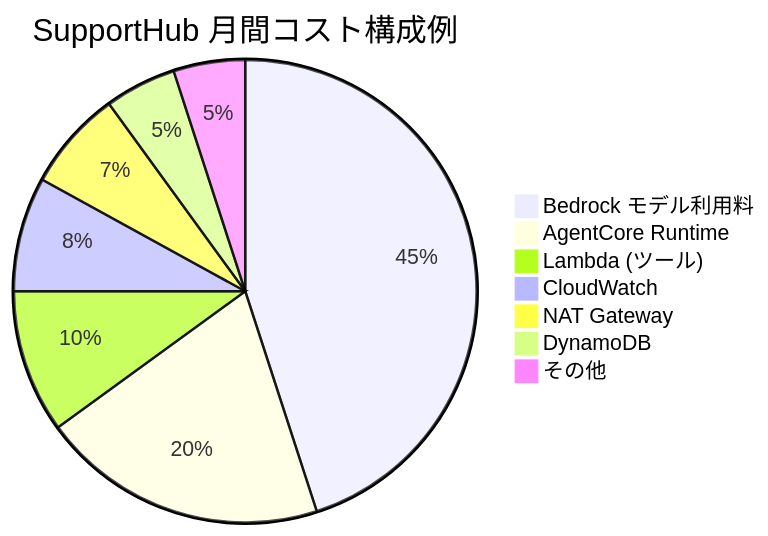
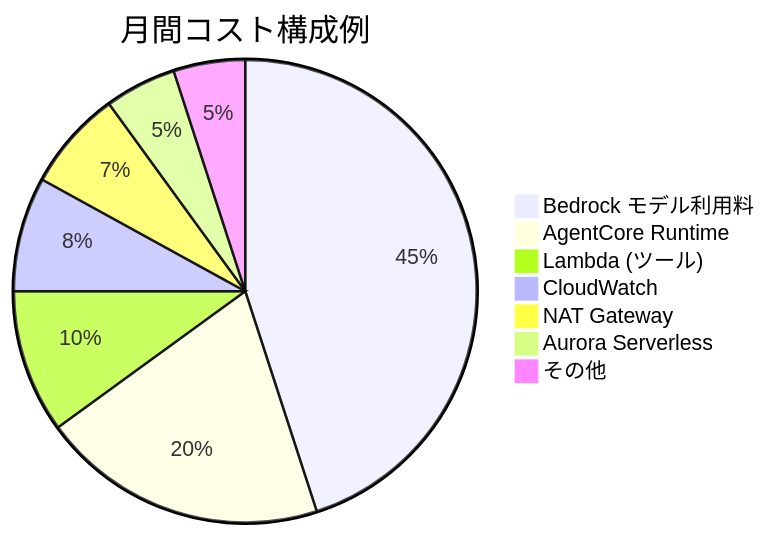
One commit to yaggytter/agentcore-multi-tenant-handson changed the fourth of 5 diagrams in docs/11-production-ready.md. Above: the diagram before and after it, drawn with Mermaid. The commit also changed other lines of this file and 49 other files, not shown here.

````diff
--- a/docs/11-production-ready.md
+++ b/docs/11-production-ready.md
@@ -712,10 +331,10 @@
 ```mermaid
-pie title SupportHub 月間コスト構成例
+pie title 月間コスト構成例
     "Bedrock モデル利用料" : 45
     "AgentCore Runtime" : 20
     "Lambda (ツール)" : 10
     "CloudWatch" : 8
     "NAT Gateway" : 7
-    "DynamoDB" : 5
+    "Aurora Serverless" : 5
     "その他" : 5
 ```
````
